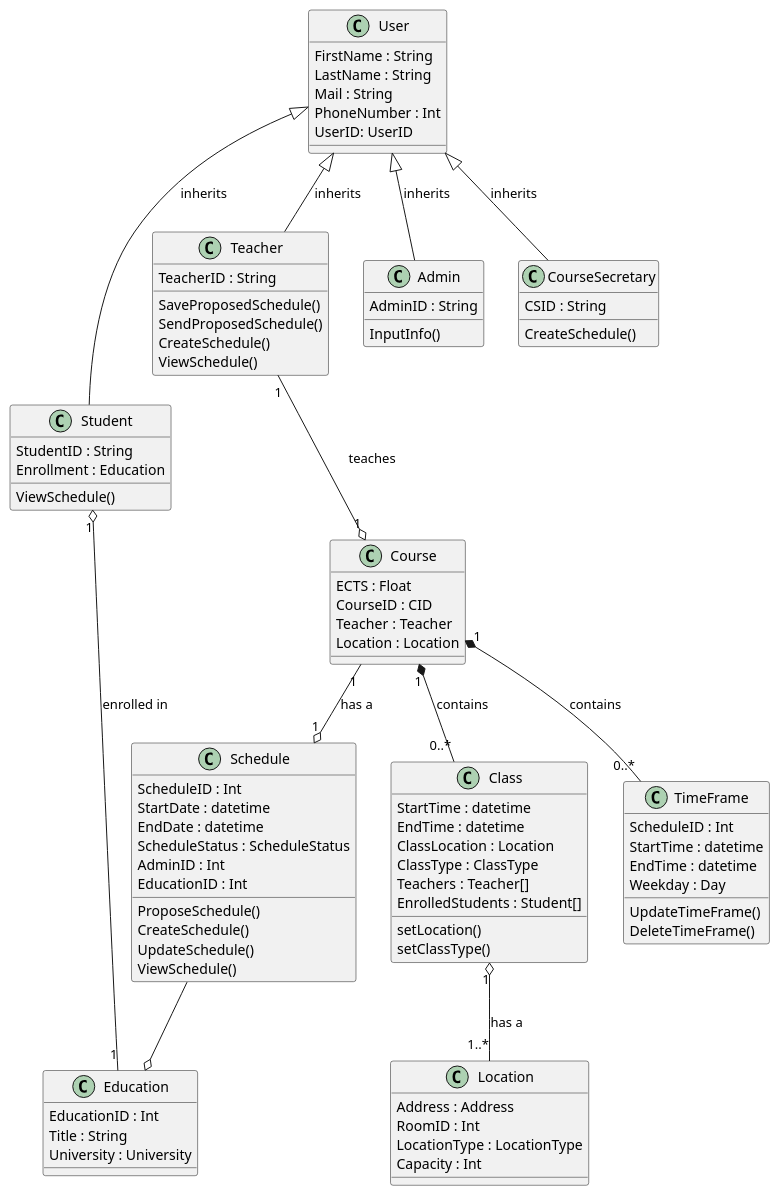
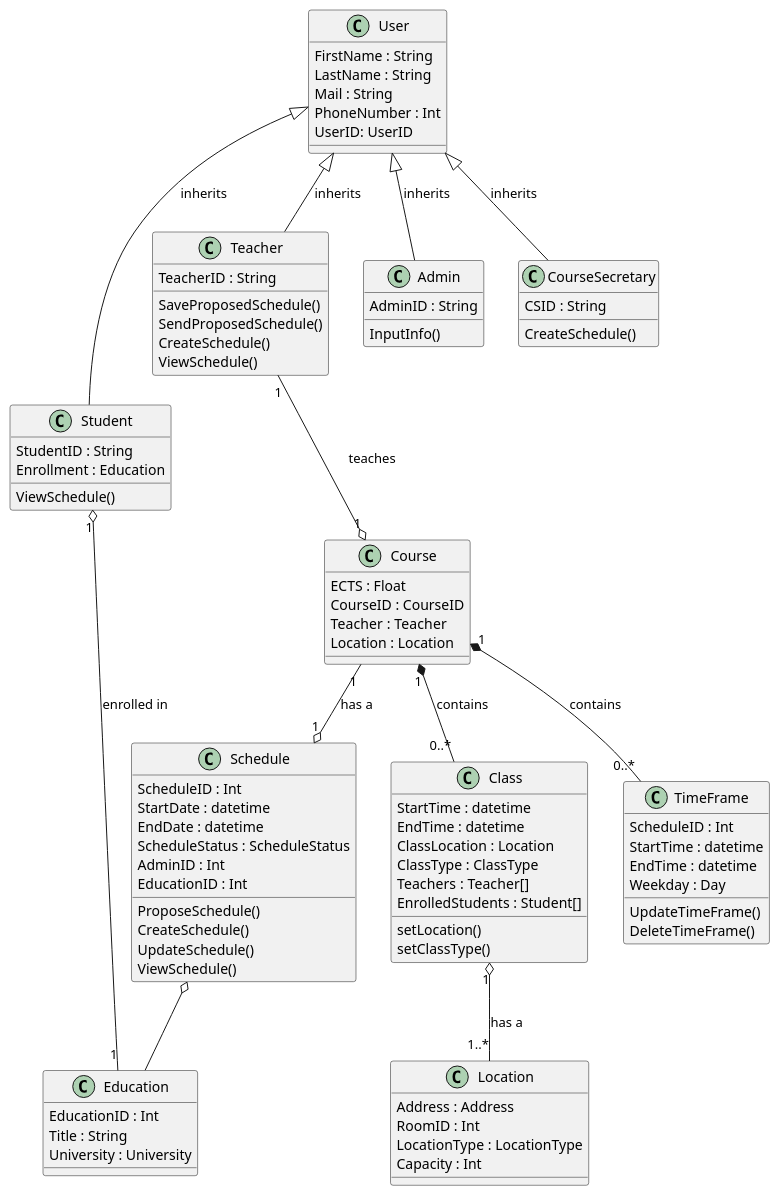
One commit to frejabauch/Systemudvikling_FSIS changed the diagram in Diagrams/ClassDiagram.puml. Above: the diagram before and after it, drawn with PlantUML. The commit also changed 14 other files, not shown here.

```diff
--- a/Diagrams/ClassDiagram.puml
+++ b/Diagrams/ClassDiagram.puml
@@ -1,122 +1,122 @@
 @startuml ClassDiagram
 
 class Education {
     EducationID : Int
     Title : String
     University : University
 }
 
 class Schedule{
     ScheduleID : Int
     StartDate : datetime
     EndDate : datetime
     ScheduleStatus : ScheduleStatus
     AdminID : Int
     EducationID : Int
     ProposeSchedule()
     CreateSchedule()
     UpdateSchedule()
     ViewSchedule()
 }
 
 class Location{
     Address : Address
     RoomID : Int
     LocationType : LocationType
     Capacity : Int
 }
 
 class Course{
     ECTS : Float
-    CourseID : CID
+    CourseID : CourseID
     Teacher : Teacher
     Location : Location
 }
 
 class Class{
     StartTime : datetime
     EndTime : datetime
     ClassLocation : Location
     ClassType : ClassType
     Teachers : Teacher[]
     EnrolledStudents : Student[]
     setLocation()
     setClassType()
 }
 
 ' class Login{
 '     LoginType : LogType
 '     UserType : UType
 '     authenticate()
 ' }
 
 class User{
     FirstName : String
     LastName : String
     Mail : String
     PhoneNumber : Int
     UserID: UserID
 }
 
 ' class Semester{
 '     Courses : Course[]
 '     StartDate : Datetime
 ' }
 
 class Student{
     StudentID : String
     Enrollment : Education
     ViewSchedule()
 }
 
 class Teacher{
     TeacherID : String
     SaveProposedSchedule()
     SendProposedSchedule()
     CreateSchedule()
     ViewSchedule()
 }
 
 class Admin{
     AdminID : String
     InputInfo()
 }
 
 class TimeFrame{
     ScheduleID : Int
     StartTime : datetime
     EndTime : datetime
     Weekday : Day
     UpdateTimeFrame()
     DeleteTimeFrame()
 }
 
 class CourseSecretary{
     CSID : String
     CreateSchedule()
 }
 
 ' User"1" o-- "1" Schedule : has a
 Course"1" --o "1" Schedule : has a
 ' Student"1" o-- "1" Schedule : has a
 ' Teacher"1" o-- "1" Schedule : has a
 
 ' Education"1" *-- "4..6" Semester : contains
 
 Class "1" o-- "1..*"Location : has a
 
 User <|-- Student : inherits
 User <|-- Teacher : inherits
 User <|-- Admin : inherits
 User <|-- CourseSecretary : inherits
 
 ' Semester"1" *-- "1..*" Course : contains
 Course"1" *-- "0..*" Class : contains
 Course"1" *-- "0..*" TimeFrame : contains
 Teacher"1" --o "1" Course : teaches
 Student"1" o-- "1" Education : enrolled in
-Schedule --o Education 
+Schedule o-- Education 
 
 ' Login "1" -- "1" User : login
 
 @enduml
```
